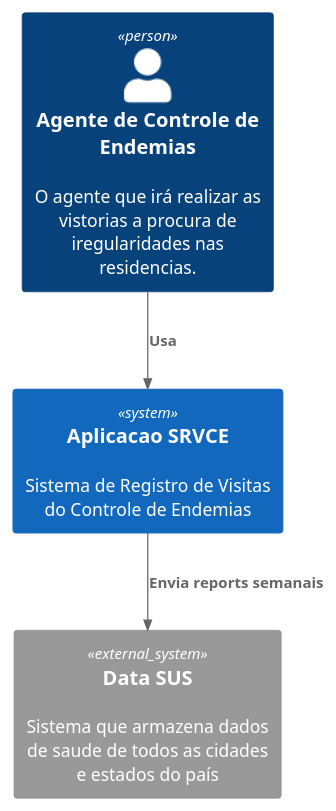
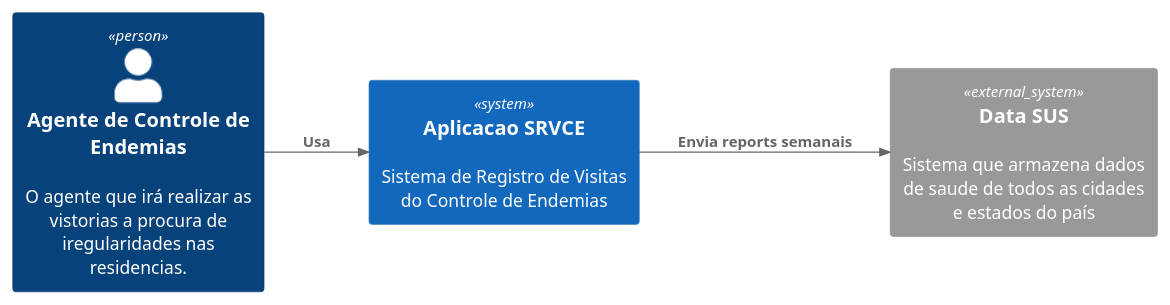
One commit to andredias20/MR-Disciplinas-TSI changed the diagram in TCC/SRVCE-PlantUML/src/context.puml. Above: the diagram before and after it, drawn with PlantUML. The commit also changed 26326 other files, not shown here.

```diff
--- a/TCC/SRVCE-PlantUML/src/context.puml
+++ b/TCC/SRVCE-PlantUML/src/context.puml
@@ -1,12 +1,14 @@
 @startuml
 !include https://raw.githubusercontent.com/adrianvlupu/C4-PlantUML/latest/C4_Context.puml
+
+LAYOUT_LEFT_RIGHT()
 
 Person(ace, "Agente de Controle de Endemias", "O agente que irá realizar as vistorias a procura de iregularidades nas residencias.")
 
 System(srvce, "Aplicacao SRVCE", "Sistema de Registro de Visitas do Controle de Endemias")
 System_Ext(sus, "Data SUS", "Sistema que armazena dados de saude de todos as cidades e estados do país")
 
 Rel(ace, srvce, "Usa")
 Rel(srvce, sus, "Envia reports semanais")
 
 @enduml
```
